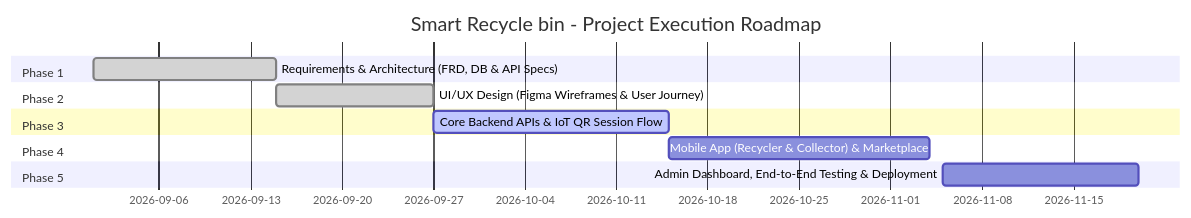
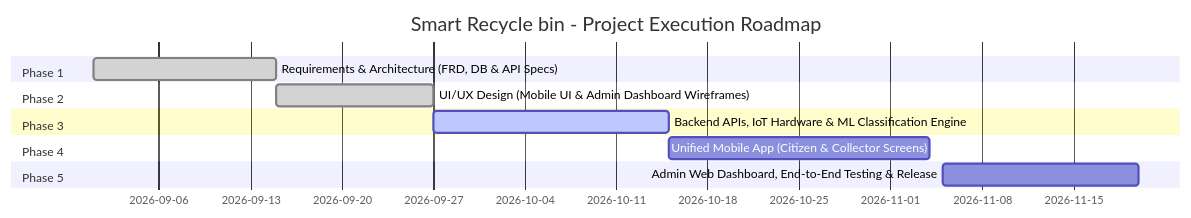
Before and after one commit to Smart-Recycle-bin/Smart-Recycle-bin: the diagram in README.md, drawn with Mermaid. The commit also changed other lines of this file, not shown here.

Commit message:
docs: clarify single mobile app architecture and update team task allocations

````diff
--- a/README.md
+++ b/README.md
@@ -87,15 +95,15 @@
 ```mermaid
 gantt
     title Smart Recycle bin - Project Execution Roadmap
     dateFormat  YYYY-MM-DD
     section Phase 1
     Requirements & Architecture (FRD, DB & API Specs) :done, p1, 2026-09-01, 14d
     section Phase 2
-    UI/UX Design (Figma Wireframes & User Journey)     :done, p2, 2026-09-15, 12d
+    UI/UX Design (Mobile UI & Admin Dashboard Wireframes) :done, p2, 2026-09-15, 12d
     section Phase 3
-    Core Backend APIs & IoT QR Session Flow            :active, p3, 2026-09-27, 18d
+    Backend APIs, IoT Hardware & ML Classification Engine :active, p3, 2026-09-27, 18d
     section Phase 4
-    Mobile App (Recycler & Collector) & Marketplace    :p4, 2026-10-15, 20d
+    Unified Mobile App (Citizen & Collector Screens) :p4, 2026-10-15, 20d
     section Phase 5
-    Admin Dashboard, End-to-End Testing & Deployment   :p5, 2026-11-05, 15d
+    Admin Web Dashboard, End-to-End Testing & Release :p5, 2026-11-05, 15d
 ```
````
